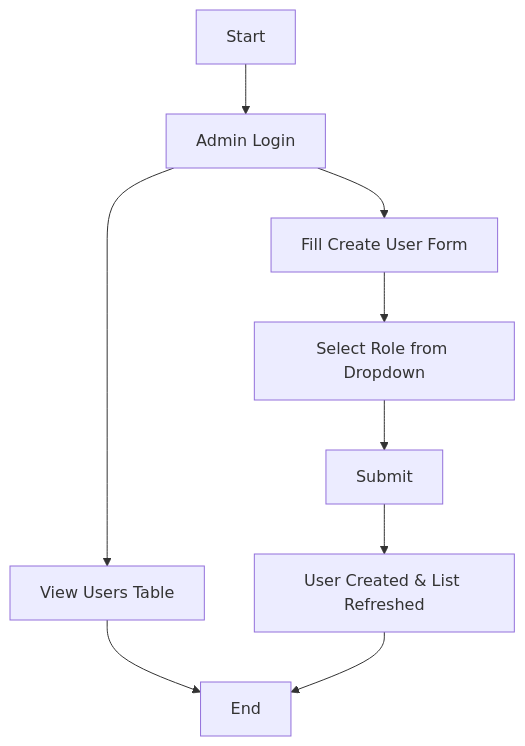
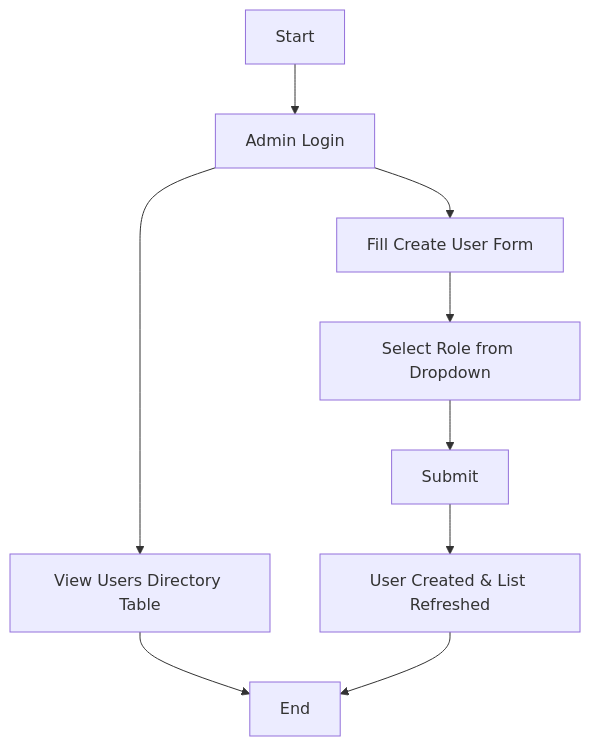
Before and after one commit to laveshgaur/LearnFlow: the eighth of 8 diagrams in FUNCTIONAL_DOCUMENT.md, drawn with Mermaid. The commit also changed other lines of this file and 11 other files, not shown here.

````diff
--- a/FUNCTIONAL_DOCUMENT.md
+++ b/FUNCTIONAL_DOCUMENT.md
@@ -228,11 +357,11 @@
 ```mermaid
 flowchart TD
 A[Start] --> B[Admin Login]
-B --> C[View Users Table]
+B --> C[View Users Directory Table]
 B --> D[Fill Create User Form]
 D --> E[Select Role from Dropdown]
 E --> F[Submit]
 F --> G[User Created & List Refreshed]
 C --> H[End]
 G --> H
 ```
````
